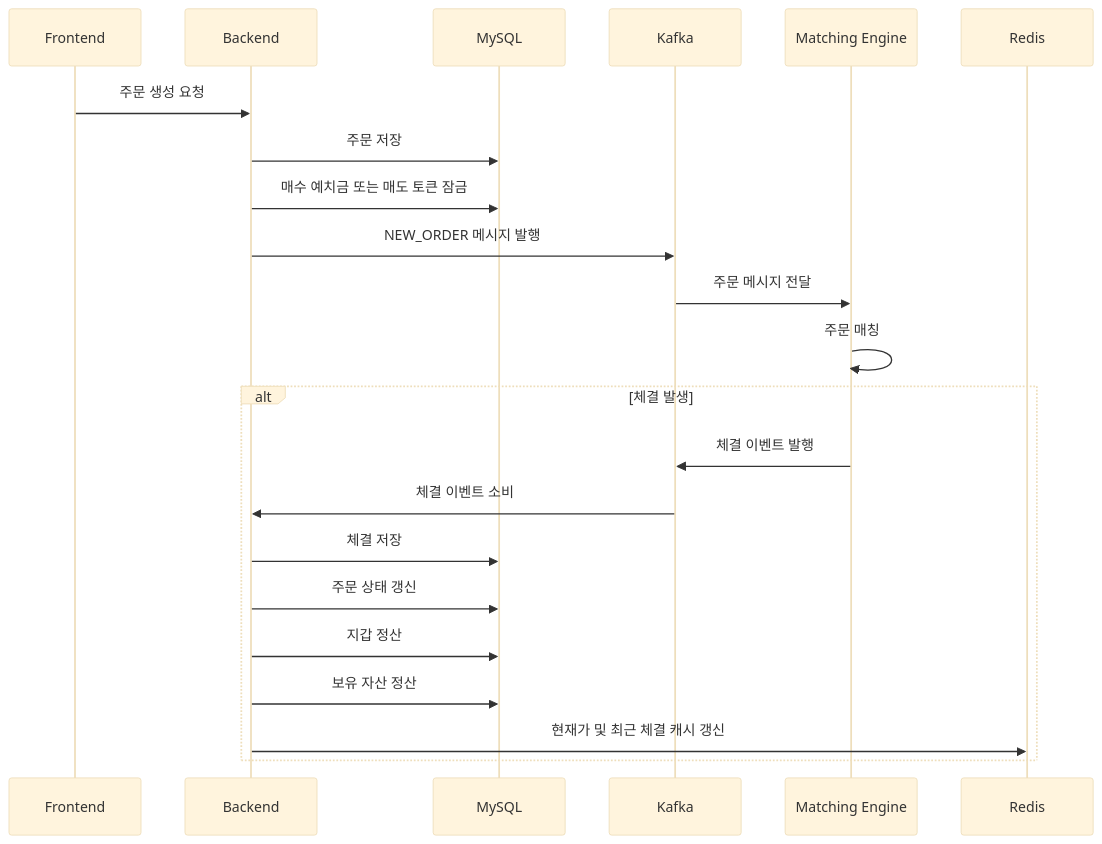
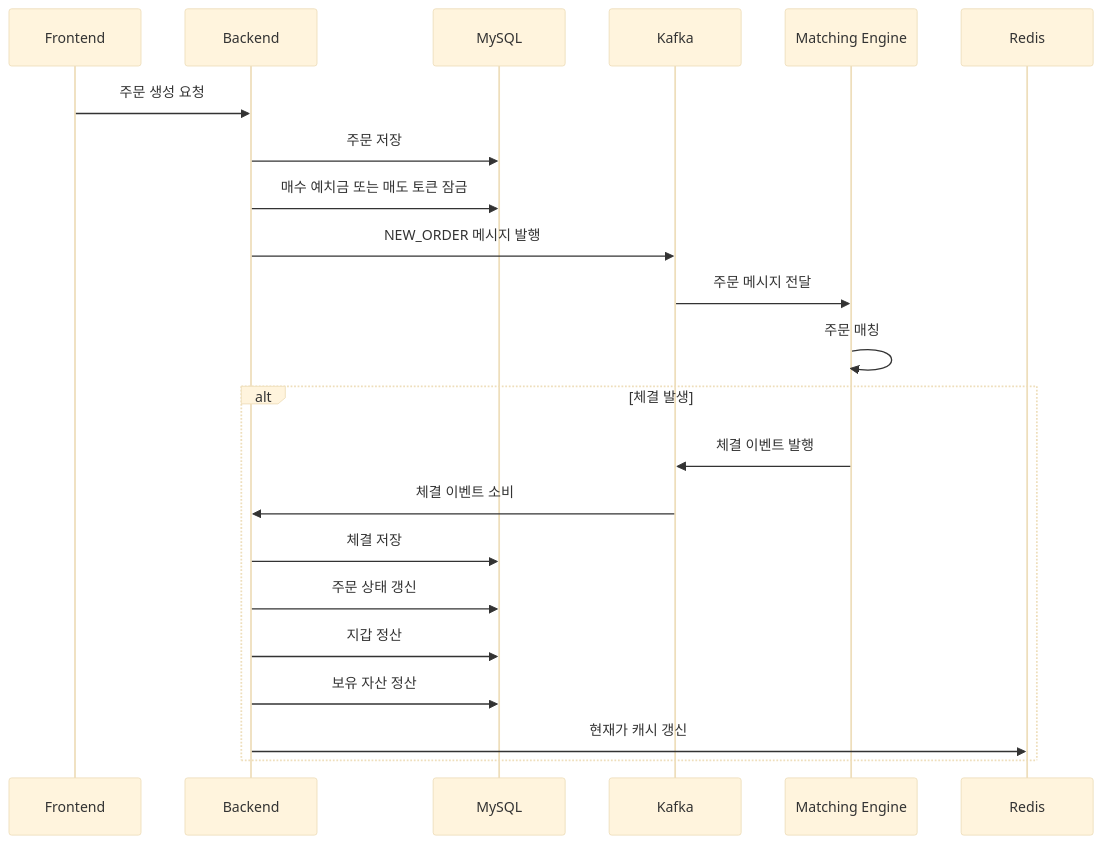
Before and after one commit to PARTION-LAB/PARTION-BackEnd: the sixth of 10 diagrams in README.md, drawn with Mermaid (base theme). The commit also changed other lines of this file, not shown here.

````diff
--- a/README.md
+++ b/README.md
@@ -326,27 +327,27 @@
 ```mermaid
 sequenceDiagram
     participant FE as Frontend
     participant BE as Backend
     participant DB as MySQL
     participant Kafka as Kafka
     participant ME as Matching Engine
     participant Redis as Redis
 
     FE->>BE: 주문 생성 요청
     BE->>DB: 주문 저장
     BE->>DB: 매수 예치금 또는 매도 토큰 잠금
     BE->>Kafka: NEW_ORDER 메시지 발행
 
     Kafka->>ME: 주문 메시지 전달
     ME->>ME: 주문 매칭
 
     alt 체결 발생
         ME->>Kafka: 체결 이벤트 발행
         Kafka->>BE: 체결 이벤트 소비
         BE->>DB: 체결 저장
         BE->>DB: 주문 상태 갱신
         BE->>DB: 지갑 정산
         BE->>DB: 보유 자산 정산
-        BE->>Redis: 현재가 및 최근 체결 캐시 갱신
+        BE->>Redis: 현재가 캐시 갱신
     end
 ```
````
